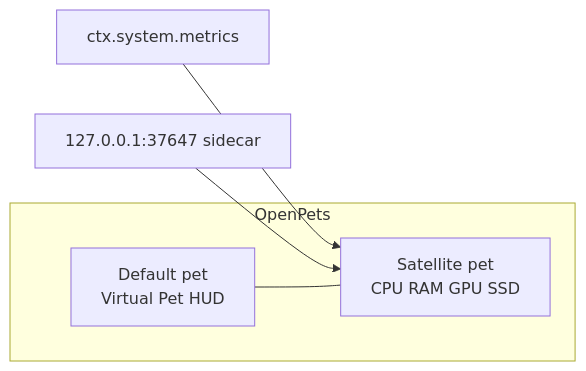
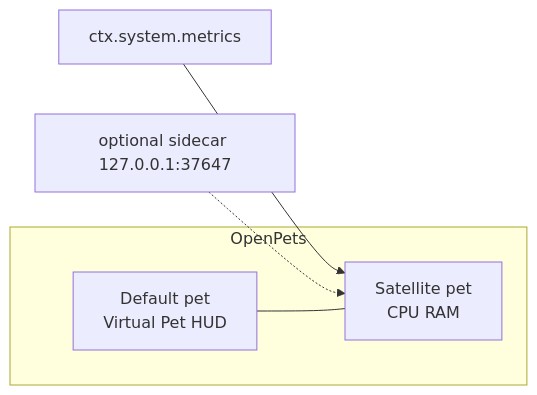
The diagram in README.md (karimbouwmans/Openpets-system-resources), drawn with Mermaid before and after one commit. The commit also changed other lines of this file and 14 other files, not shown here.

Commit message:
Ship a CPU/RAM catalog package because the ZIP cannot include the sidecar.

````diff
--- a/README.md
+++ b/README.md
@@ -63,10 +63,10 @@
 ```mermaid
 flowchart LR
   subgraph OpenPets
     P[Default pet<br/>Virtual Pet HUD]
-    S[Satellite pet<br/>CPU RAM GPU SSD]
+    S[Satellite pet<br/>CPU RAM]
   end
   M["ctx.system.metrics"] --> S
-  C["127.0.0.1:37647 sidecar"] --> S
+  C["optional sidecar 127.0.0.1:37647"] -.-> S
   P --- S
 ```
````
